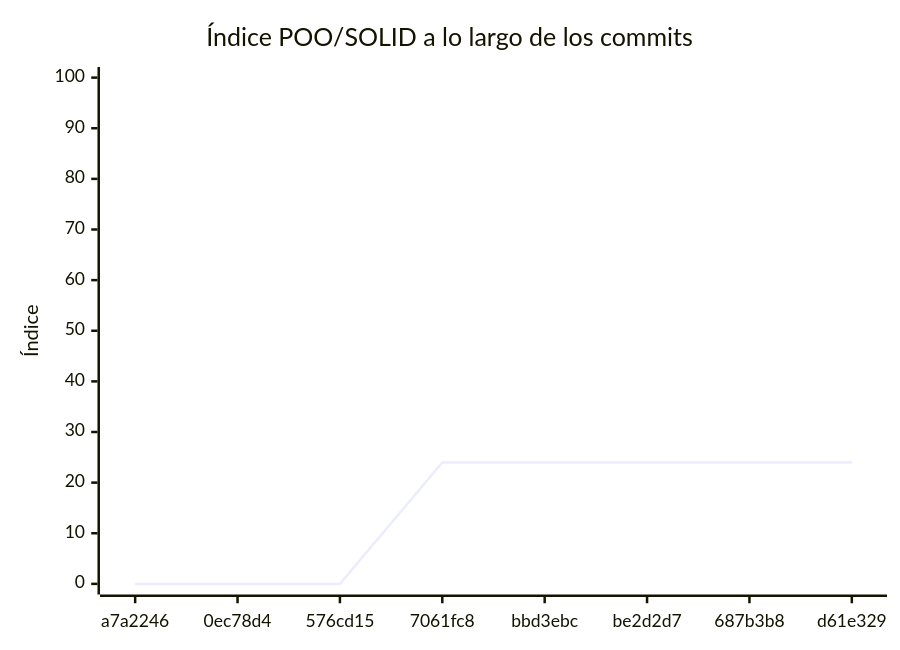
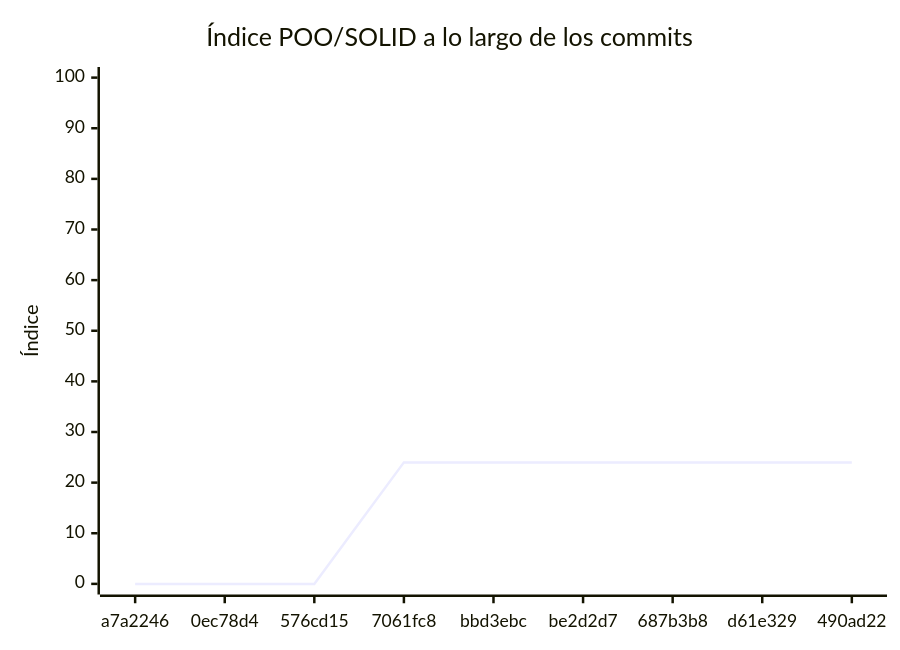
One commit to Chiqui-Nero-Corp/Prueba-N-3 changed the diagram in docs/EVALUACION.md. Above: the diagram before and after it, drawn with Mermaid. The commit also changed other lines of this file, not shown here.

````diff
--- a/docs/EVALUACION.md
+++ b/docs/EVALUACION.md
@@ -200,7 +200,7 @@
 ```mermaid
 xychart-beta
     title "Índice POO/SOLID a lo largo de los commits"
-    x-axis ["a7a2246", "0ec78d4", "576cd15", "7061fc8", "bbd3ebc", "be2d2d7", "687b3b8", "d61e329"]
+    x-axis ["a7a2246", "0ec78d4", "576cd15", "7061fc8", "bbd3ebc", "be2d2d7", "687b3b8", "d61e329", "490ad22"]
     y-axis "Índice" 0 --> 100
-    line [0, 0, 0, 24, 24, 24, 24, 24]
+    line [0, 0, 0, 24, 24, 24, 24, 24, 24]
 ```
````
